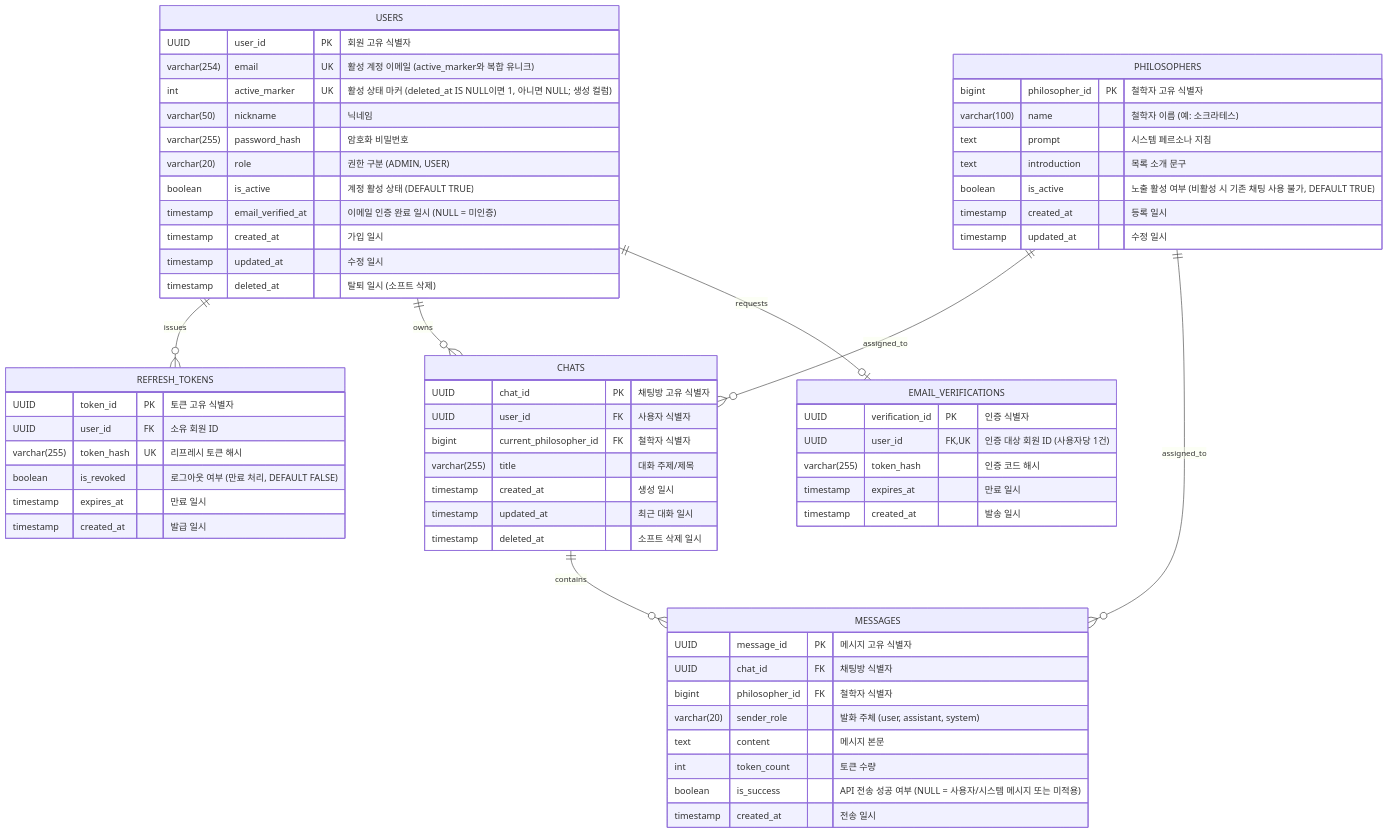
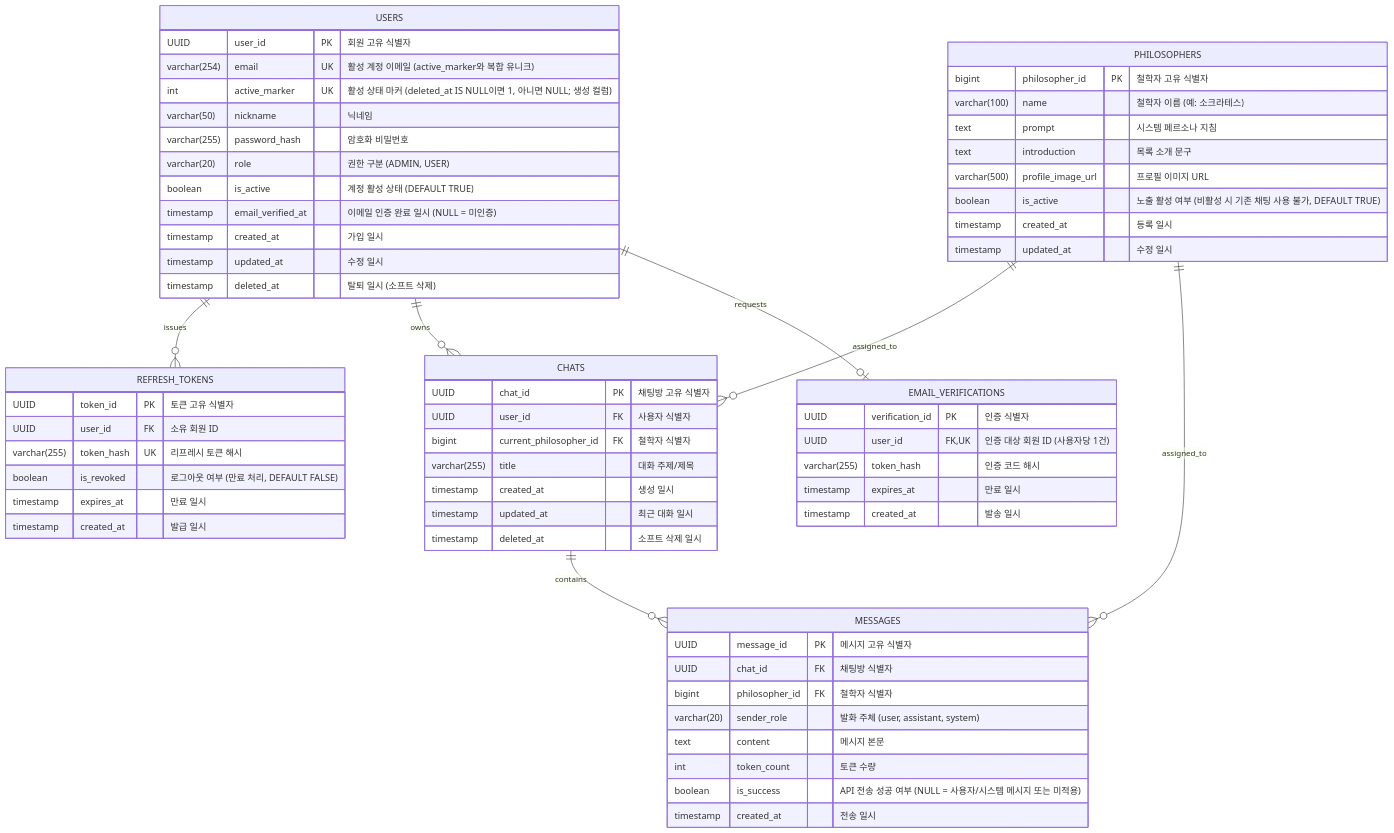
Before and after one commit to cody-b7-1/b7-1: the diagram in docs/erd.md, drawn with Mermaid. The commit also changed 2 other files, not shown here.

Commit message:
feat: 철학자 이미지 url 추가

````diff
--- a/docs/erd.md
+++ b/docs/erd.md
@@ -3,71 +3,72 @@
 ```mermaid
 erDiagram
     USERS ||--o{ REFRESH_TOKENS : "issues"
     USERS ||--o{ CHATS : "owns"
     USERS ||--o| EMAIL_VERIFICATIONS : "requests"
     PHILOSOPHERS ||--o{ CHATS : "assigned_to"
     PHILOSOPHERS ||--o{ MESSAGES : "assigned_to"
     CHATS ||--o{ MESSAGES : "contains"
 
     USERS {
         UUID user_id PK "회원 고유 식별자"
         varchar(254) email UK "활성 계정 이메일 (active_marker와 복합 유니크)"
         int active_marker UK "활성 상태 마커 (deleted_at IS NULL이면 1, 아니면 NULL; 생성 컬럼)"
         varchar(50) nickname "닉네임"
         varchar(255) password_hash "암호화 비밀번호"
         varchar(20) role "권한 구분 (ADMIN, USER)"
         boolean is_active "계정 활성 상태 (DEFAULT TRUE)"
         timestamp email_verified_at "이메일 인증 완료 일시 (NULL = 미인증)"
         timestamp created_at "가입 일시"
         timestamp updated_at "수정 일시"
         timestamp deleted_at "탈퇴 일시 (소프트 삭제)"
     }
 
     EMAIL_VERIFICATIONS {
         UUID verification_id PK "인증 식별자"
         UUID user_id FK, UK "인증 대상 회원 ID (사용자당 1건)"
         varchar(255) token_hash "인증 코드 해시"
         timestamp expires_at "만료 일시"
         timestamp created_at "발송 일시"
     }
 
     REFRESH_TOKENS {
         UUID token_id PK "토큰 고유 식별자"
         UUID user_id FK "소유 회원 ID"
         varchar(255) token_hash UK "리프레시 토큰 해시"
         boolean is_revoked "로그아웃 여부 (만료 처리, DEFAULT FALSE)"
         timestamp expires_at "만료 일시"
         timestamp created_at "발급 일시"
     }
 
     PHILOSOPHERS {
         bigint philosopher_id PK "철학자 고유 식별자"
         varchar(100) name "철학자 이름 (예: 소크라테스)"
         text prompt "시스템 페르소나 지침"
         text introduction "목록 소개 문구"
+        varchar(500) profile_image_url "프로필 이미지 URL"
         boolean is_active "노출 활성 여부 (비활성 시 기존 채팅 사용 불가, DEFAULT TRUE)"
         timestamp created_at "등록 일시"
         timestamp updated_at "수정 일시"
     }
 
     CHATS {
         UUID chat_id PK "채팅방 고유 식별자"
         UUID user_id FK "사용자 식별자"
         bigint current_philosopher_id FK "철학자 식별자"
         varchar(255) title "대화 주제/제목"
         timestamp created_at "생성 일시"
         timestamp updated_at "최근 대화 일시"
         timestamp deleted_at "소프트 삭제 일시"
     }
 
     MESSAGES {
         UUID message_id PK "메시지 고유 식별자"
         UUID chat_id FK "채팅방 식별자"
         bigint philosopher_id FK "철학자 식별자"
         varchar(20) sender_role "발화 주체 (user, assistant, system)"
         text content "메시지 본문"
         int token_count "토큰 수량"
         boolean is_success "API 전송 성공 여부 (NULL = 사용자/시스템 메시지 또는 미적용)"
         timestamp created_at "전송 일시"
     }
 ```
````
